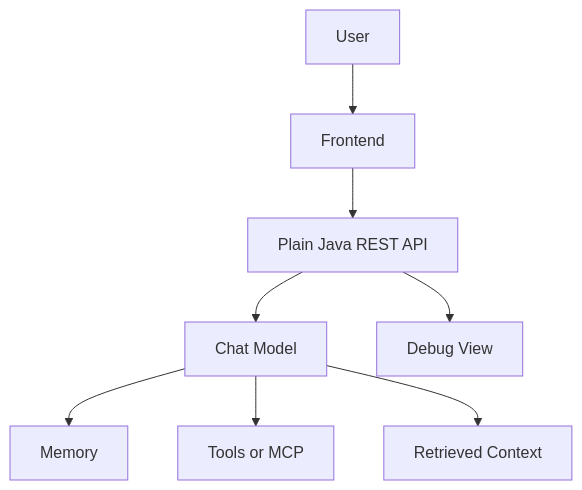
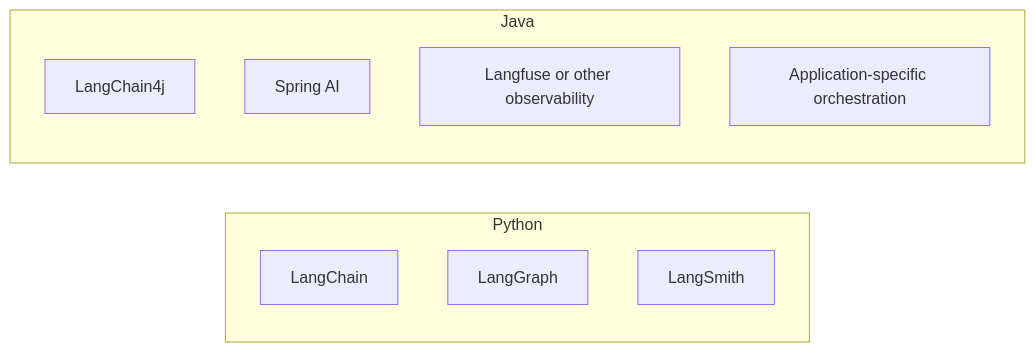
Before and after one commit to mimeonline/meierhoff-systems-lab: the diagram in workshops/002-building-ai-chat-agents-java/slides/slides.md, drawn with Mermaid. The commit also changed other lines of this file and 3 other files, not shown here.

Commit message:
refactor(slides): reposition LangChain4j overview deck

````diff
--- a/workshops/002-building-ai-chat-agents-java/slides/slides.md
+++ b/workshops/002-building-ai-chat-agents-java/slides/slides.md
@@ -51,10 +381,15 @@
-```mermaid {scale: 0.7}
-flowchart TD
-  U[User] --> F[Frontend]
-  F --> API[Plain Java REST API]
-  API --> LLM[Chat Model]
-  LLM --> M[Memory]
-  LLM --> T[Tools or MCP]
-  LLM --> R[Retrieved Context]
-  API --> D[Debug View]
+```mermaid {scale: 0.8}
+flowchart LR
+  subgraph PYTHON[Python]
+    LC[LangChain]
+    LG[LangGraph]
+    LS[LangSmith]
+  end
+
+  subgraph JAVA[Java]
+    LC4J[LangChain4j]
+    SAI[Spring AI]
+    OBS[Langfuse or other observability]
+    APP[Application-specific orchestration]
+  end
 ```
````
